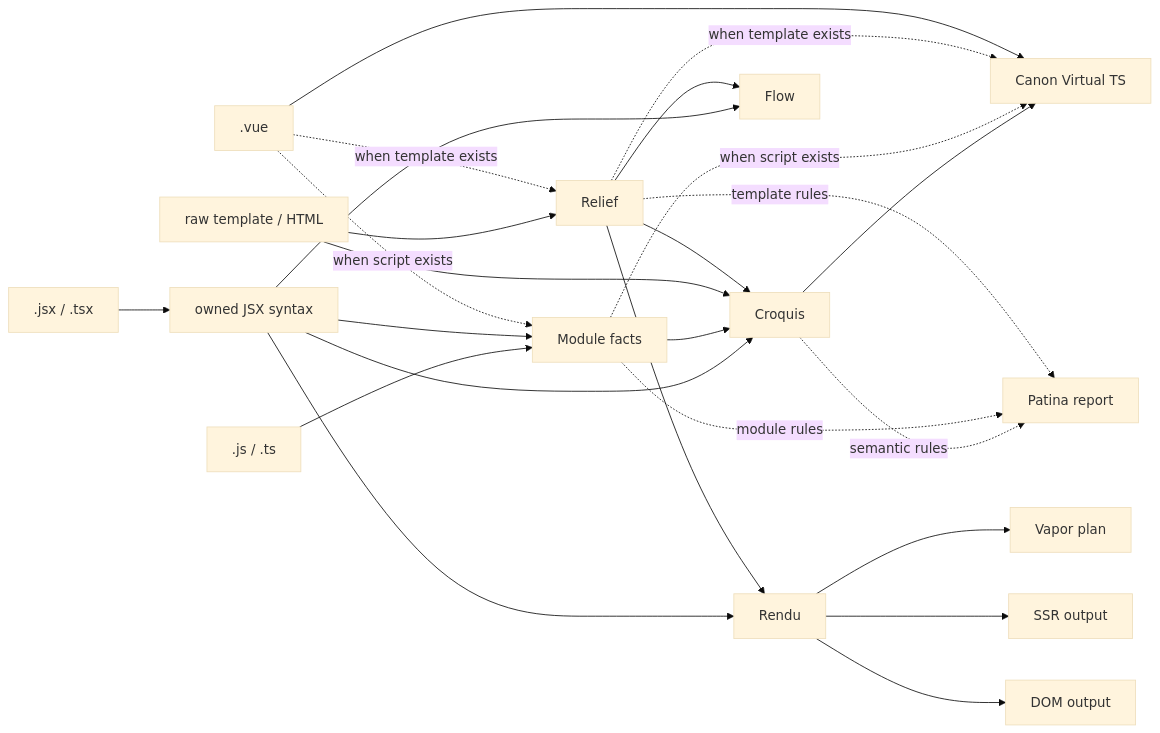
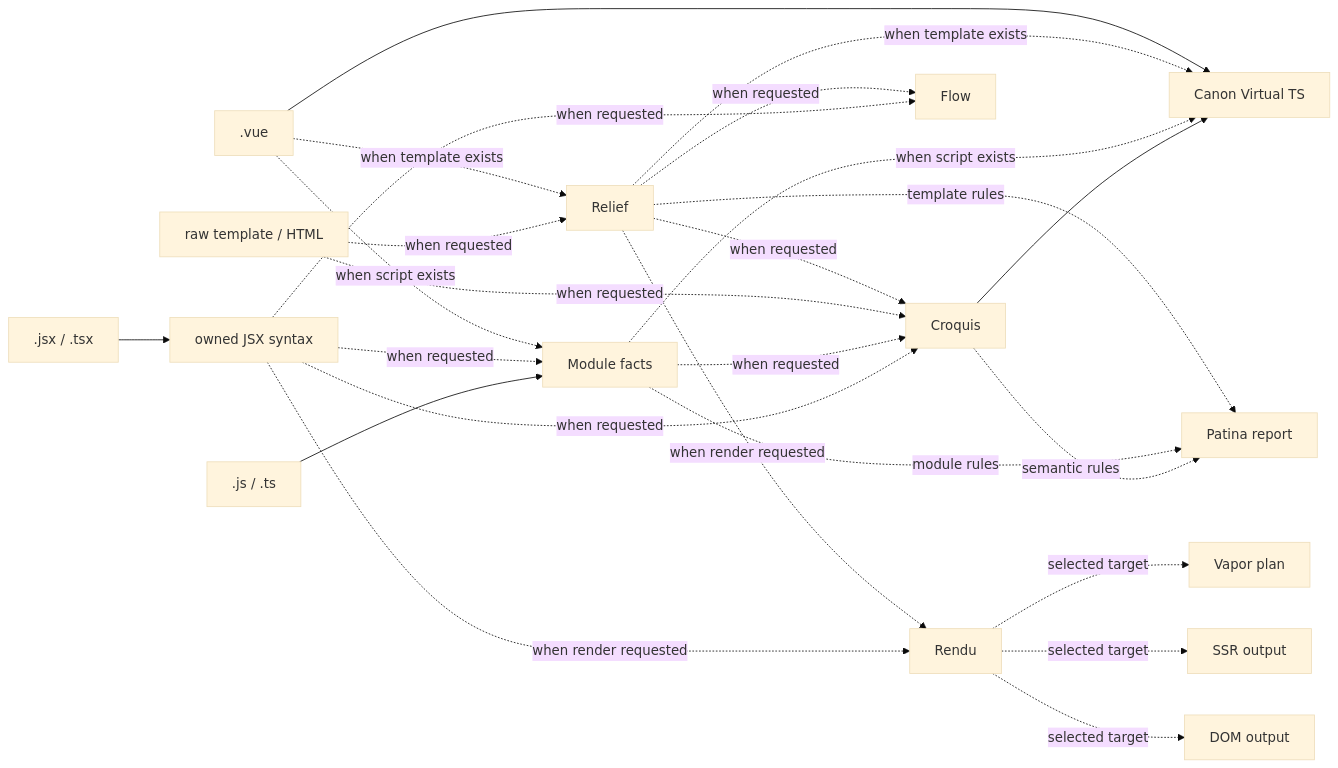
Before and after one commit to ubugeeei-prod/vize: the second of 2 diagrams in docs/content/architecture/overview.md, drawn with Mermaid (base theme). The commit also changed other lines of this file and 52 other files, not shown here.

````diff
--- a/docs/content/architecture/overview.md
+++ b/docs/content/architecture/overview.md
@@ -70,25 +73,27 @@
 ```mermaid
 flowchart LR
-    SFC[".vue"] -. "when template exists" .-> Relief["Relief"] --> Rendu["Rendu"]
-    RawTemplate["raw template / HTML"] --> Relief
-    JSX[".jsx / .tsx"] --> JsxSyntax["owned JSX syntax"] --> Rendu
+    SFC[".vue"] -. "when template exists" .-> Relief["Relief"]
+    Relief -. "when render requested" .-> Rendu["Rendu"]
+    RawTemplate["raw template / HTML"] -. "when requested" .-> Relief
+    JSX[".jsx / .tsx"] --> JsxSyntax["owned JSX syntax"]
+    JsxSyntax -. "when render requested" .-> Rendu
     SFC -. "when script exists" .-> Module["Module facts"]
-    JsxSyntax --> Module
+    JsxSyntax -. "when requested" .-> Module
     RawModule[".js / .ts"] --> Module
-    Relief --> Semantics["Croquis"]
-    RawTemplate --> Semantics
-    Module --> Semantics
-    JsxSyntax --> Semantics
-    Relief --> Flow["Flow"]
-    JsxSyntax --> Flow
-    Rendu --> DOM["DOM output"]
-    Rendu --> SSR["SSR output"]
-    Rendu --> Vapor["Vapor plan"]
+    Relief -. "when requested" .-> Semantics["Croquis"]
+    RawTemplate -. "when requested" .-> Semantics
+    Module -. "when requested" .-> Semantics
+    JsxSyntax -. "when requested" .-> Semantics
+    Relief -. "when requested" .-> Flow["Flow"]
+    JsxSyntax -. "when requested" .-> Flow
+    Rendu -. "selected target" .-> DOM["DOM output"]
+    Rendu -. "selected target" .-> SSR["SSR output"]
+    Rendu -. "selected target" .-> Vapor["Vapor plan"]
     Relief -. "template rules" .-> Lint["Patina report"]
     Module -. "module rules" .-> Lint
     Semantics -. "semantic rules" .-> Lint
     SFC --> VTS["Canon Virtual TS"]
     Relief -. "when template exists" .-> VTS
     Module -. "when script exists" .-> VTS
     Semantics --> VTS
 ```
````
